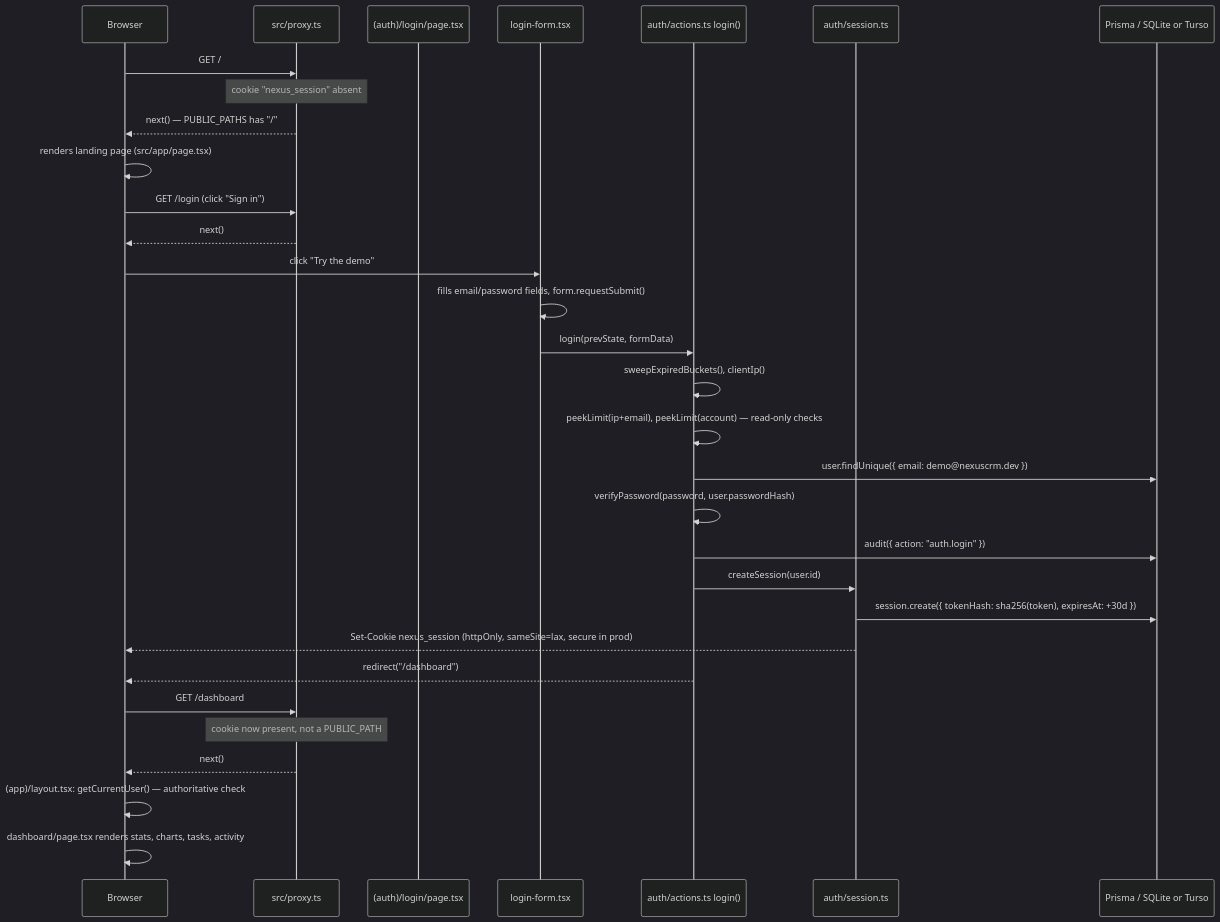
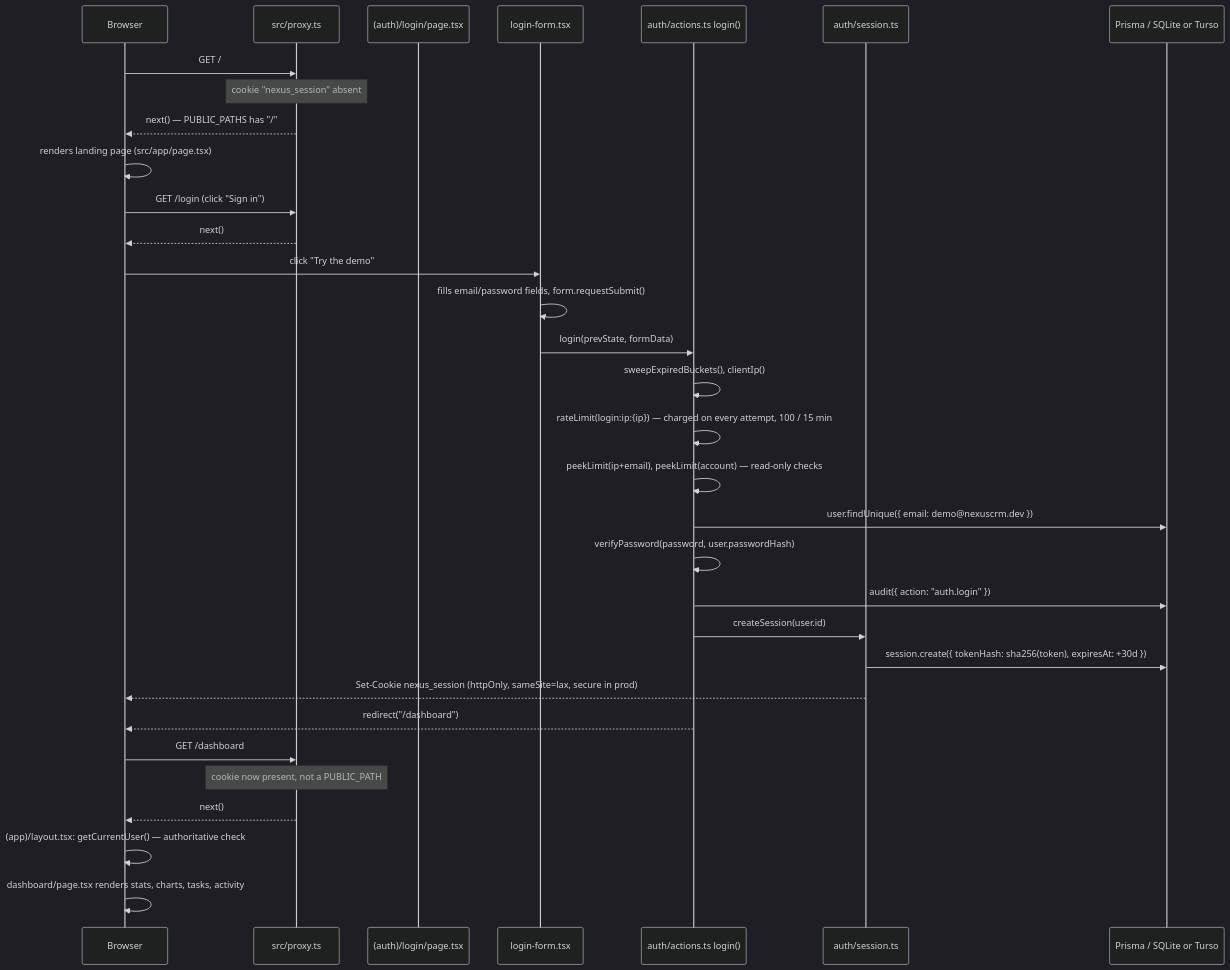
Before and after one commit to jasrulete/Nexus-CRM: the first of 4 diagrams in docs/USER-FLOWS.md, drawn with Mermaid (dark theme). The commit also changed other lines of this file and 6 other files, not shown here.

First line of the commit message:
docs: every passage now counts three login buckets

````diff
--- a/docs/USER-FLOWS.md
+++ b/docs/USER-FLOWS.md
@@ -20,34 +20,35 @@
 ```mermaid
 sequenceDiagram
     participant B as Browser
     participant P as src/proxy.ts
     participant L as (auth)/login/page.tsx
     participant F as login-form.tsx
     participant A as auth/actions.ts login()
     participant S as auth/session.ts
     participant DB as Prisma / SQLite or Turso
 
     B->>P: GET /
     Note over P: cookie "nexus_session" absent
     P-->>B: next() — PUBLIC_PATHS has "/"
     B->>B: renders landing page (src/app/page.tsx)
     B->>P: GET /login (click "Sign in")
     P-->>B: next()
     B->>F: click "Try the demo"
     F->>F: fills email/password fields, form.requestSubmit()
     F->>A: login(prevState, formData)
     A->>A: sweepExpiredBuckets(), clientIp()
+    A->>A: rateLimit(login:ip:{ip}) — charged on every attempt, 100 / 15 min
     A->>A: peekLimit(ip+email), peekLimit(account) — read-only checks
     A->>DB: user.findUnique({ email: demo@nexuscrm.dev })
     A->>A: verifyPassword(password, user.passwordHash)
     A->>DB: audit({ action: "auth.login" })
     A->>S: createSession(user.id)
     S->>DB: session.create({ tokenHash: sha256(token), expiresAt: +30d })
     S-->>B: Set-Cookie nexus_session (httpOnly, sameSite=lax, secure in prod)
     A-->>B: redirect("/dashboard")
     B->>P: GET /dashboard
     Note over P: cookie now present, not a PUBLIC_PATH
     P-->>B: next()
     B->>B: (app)/layout.tsx: getCurrentUser() — authoritative check
     B->>B: dashboard/page.tsx renders stats, charts, tasks, activity
 ```
````
